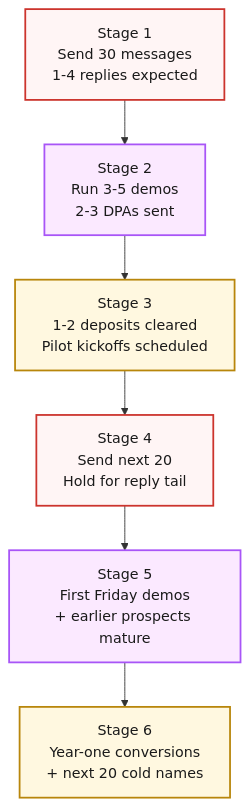
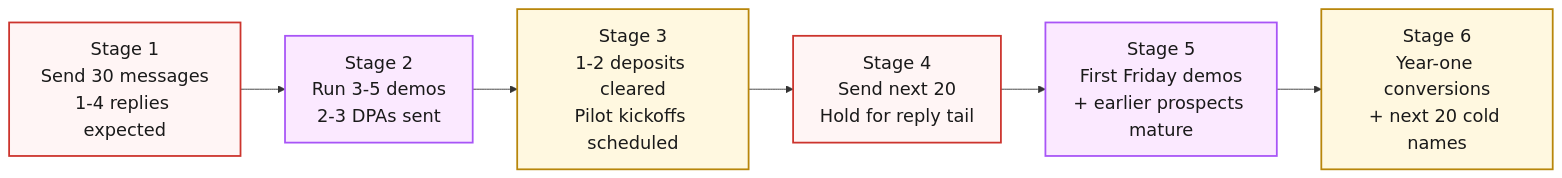
One commit to jetthoughts/jetthoughts.github.io changed the diagram in content/course/tech-for-non-technical-founders-2026/outbound-without-sales-team/index.md. Above: the diagram before and after it, drawn with Mermaid. The commit also changed other lines of this file and 108 other files, not shown here.

````diff
--- a/content/course/tech-for-non-technical-founders-2026/outbound-without-sales-team/index.md
+++ b/content/course/tech-for-non-technical-founders-2026/outbound-without-sales-team/index.md
@@ -196,17 +196,17 @@
 ```mermaid
-%%{init: {'theme':'base', 'themeVariables': {'fontFamily':'Caveat, Patrick Hand, cursive', 'primaryColor':'#fff5f5', 'primaryBorderColor':'#cc342d', 'lineColor':'#333', 'primaryTextColor':'#1a1a1a'}}}%%
-flowchart TB
+%%{init: {'theme':'base', 'themeVariables': {'fontFamily':'Caveat, Patrick Hand, cursive', 'fontSize':'20px', 'primaryColor':'#fff5f5', 'primaryBorderColor':'#cc342d', 'lineColor':'#333', 'primaryTextColor':'#1a1a1a'}}}%%
+flowchart LR
     W1[Stage 1<br/>Send 30 messages<br/>1-4 replies expected]
     W2[Stage 2<br/>Run 3-5 demos<br/>2-3 DPAs sent]
     W3[Stage 3<br/>1-2 deposits cleared<br/>Pilot kickoffs scheduled]
     W4[Stage 4<br/>Send next 20<br/>Hold for reply tail]
     W5[Stage 5<br/>First Friday demos<br/>+ earlier prospects mature]
     W7[Stage 6<br/>Year-one conversions<br/>+ next 20 cold names]
     W1 --> W2 --> W3 --> W4 --> W5 --> W7
     classDef coldweek fill:#fff5f5,stroke:#cc342d,stroke-width:2px;
     classDef warmweek fill:#fbe9ff,stroke:#a855f7,stroke-width:2px;
     classDef conv fill:#fff8e0,stroke:#b8860b,stroke-width:2px;
     class W1,W4 coldweek;
     class W2,W5 warmweek;
     class W3,W7 conv;
 ```
````
